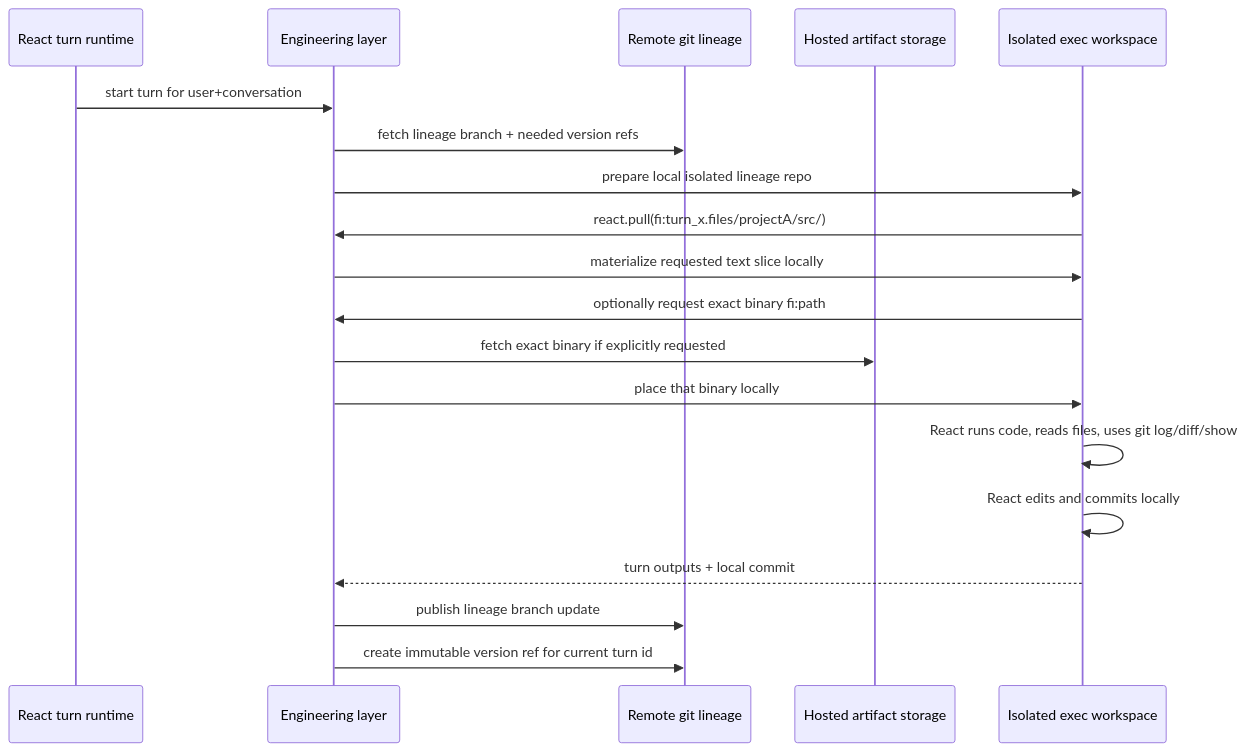
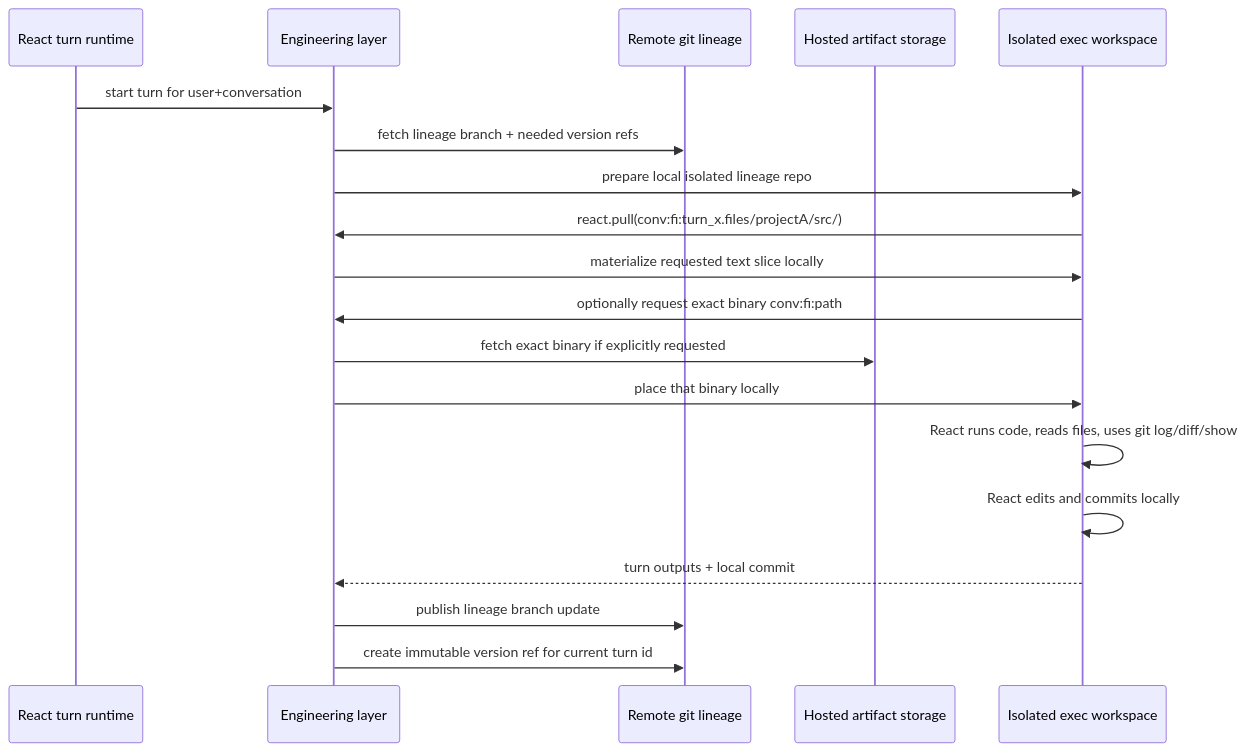
The second of 2 diagrams in app/ai-app/docs/sdk/agents/react/workspace/git-backed-workspace-engineering-README.md (kdcube/kdcube-ai-app), drawn with Mermaid before and after one commit. The commit also changed other lines of this file and 197 other files, not shown here.

````diff
--- a/app/ai-app/docs/sdk/agents/react/workspace/git-backed-workspace-engineering-README.md
+++ b/app/ai-app/docs/sdk/agents/react/workspace/git-backed-workspace-engineering-README.md
@@ -775,22 +775,22 @@
 ```mermaid
 sequenceDiagram
     participant R as React turn runtime
     participant E as Engineering layer
     participant G as Remote git lineage
     participant H as Hosted artifact storage
     participant X as Isolated exec workspace
 
     R->>E: start turn for user+conversation
     E->>G: fetch lineage branch + needed version refs
     E->>X: prepare local isolated lineage repo
-    X->>E: react.pull(fi:turn_x.files/projectA/src/)
+    X->>E: react.pull(conv:fi:turn_x.files/projectA/src/)
     E->>X: materialize requested text slice locally
-    X->>E: optionally request exact binary fi:path
+    X->>E: optionally request exact binary conv:fi:path
     E->>H: fetch exact binary if explicitly requested
     E->>X: place that binary locally
     X->>X: React runs code, reads files, uses git log/diff/show
     X->>X: React edits and commits locally
     X-->>E: turn outputs + local commit
     E->>G: publish lineage branch update
     E->>G: create immutable version ref for current turn id
 ```
````
